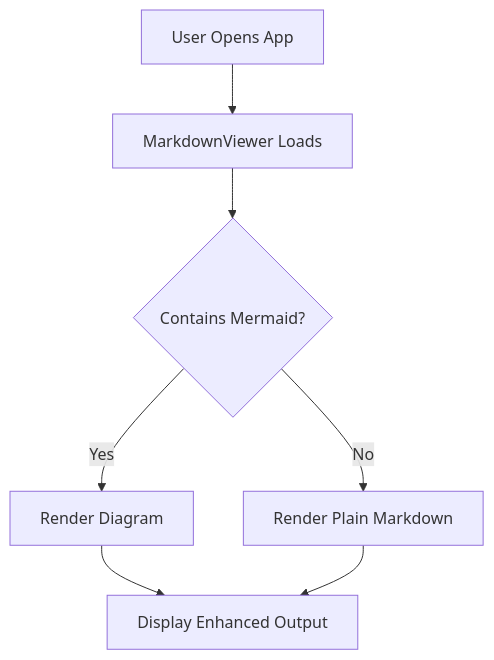
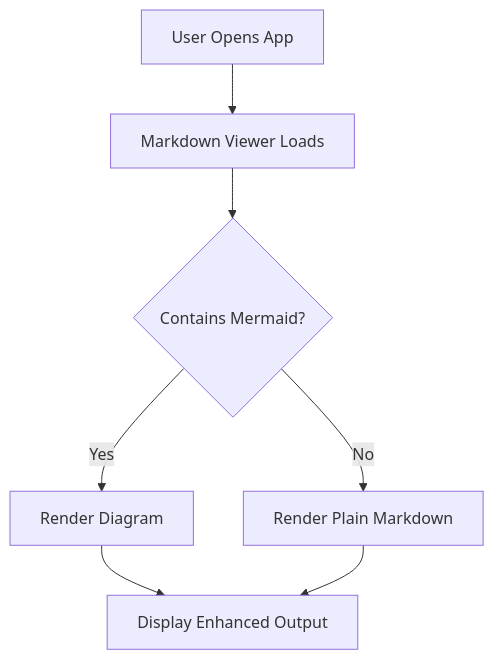
The first of 2 diagrams in winui/MarkdownViewer/Mermaid-Diagrams.md (syncfusion-content/winui-docs), drawn with Mermaid before and after one commit. The commit also changed other lines of this file and 21 other files, not shown here.

````diff
--- a/winui/MarkdownViewer/Mermaid-Diagrams.md
+++ b/winui/MarkdownViewer/Mermaid-Diagrams.md
@@ -35,9 +35,9 @@
 ```mermaid  
 flowchart TD
-    A[User Opens App] --> B[MarkdownViewer Loads]
+    A[User Opens App] --> B[Markdown Viewer Loads]
     B --> C{Contains Mermaid?}
     C -->|Yes| D[Render Diagram]
     C -->|No| E[Render Plain Markdown]
     D --> F[Display Enhanced Output]
     E --> F                        
 ```   
````
